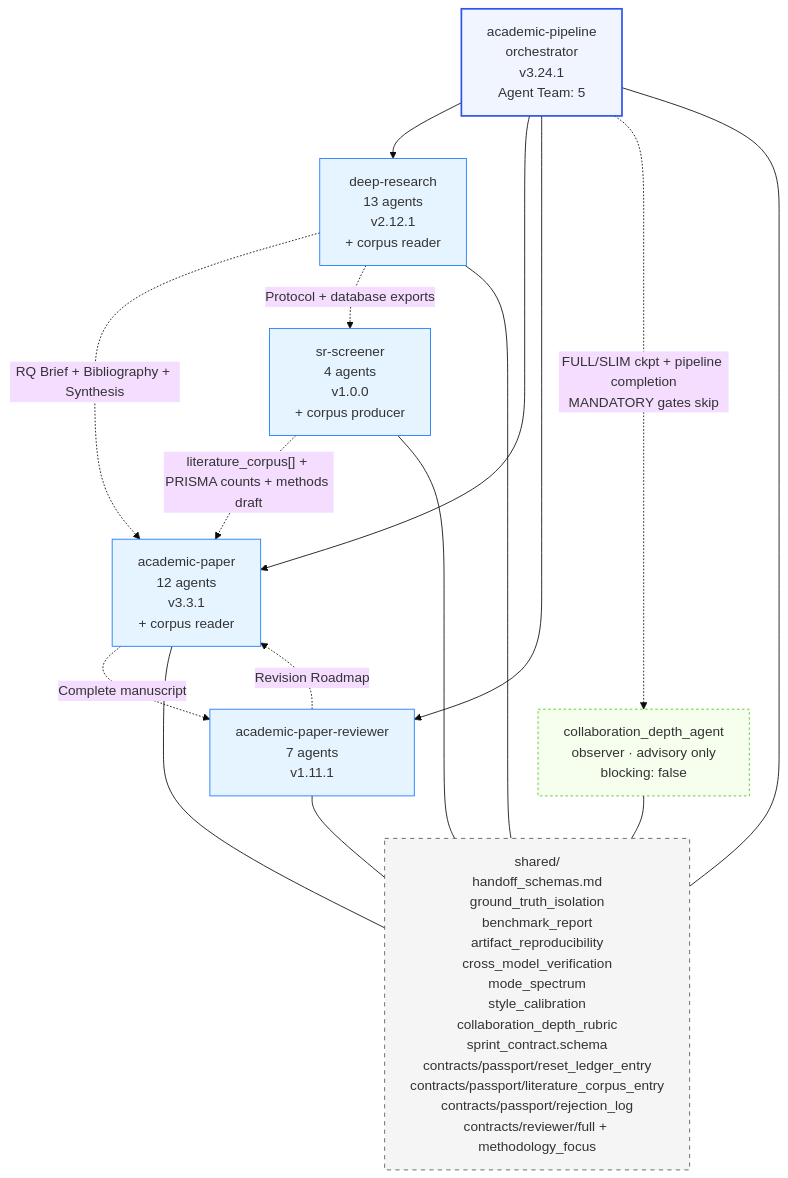
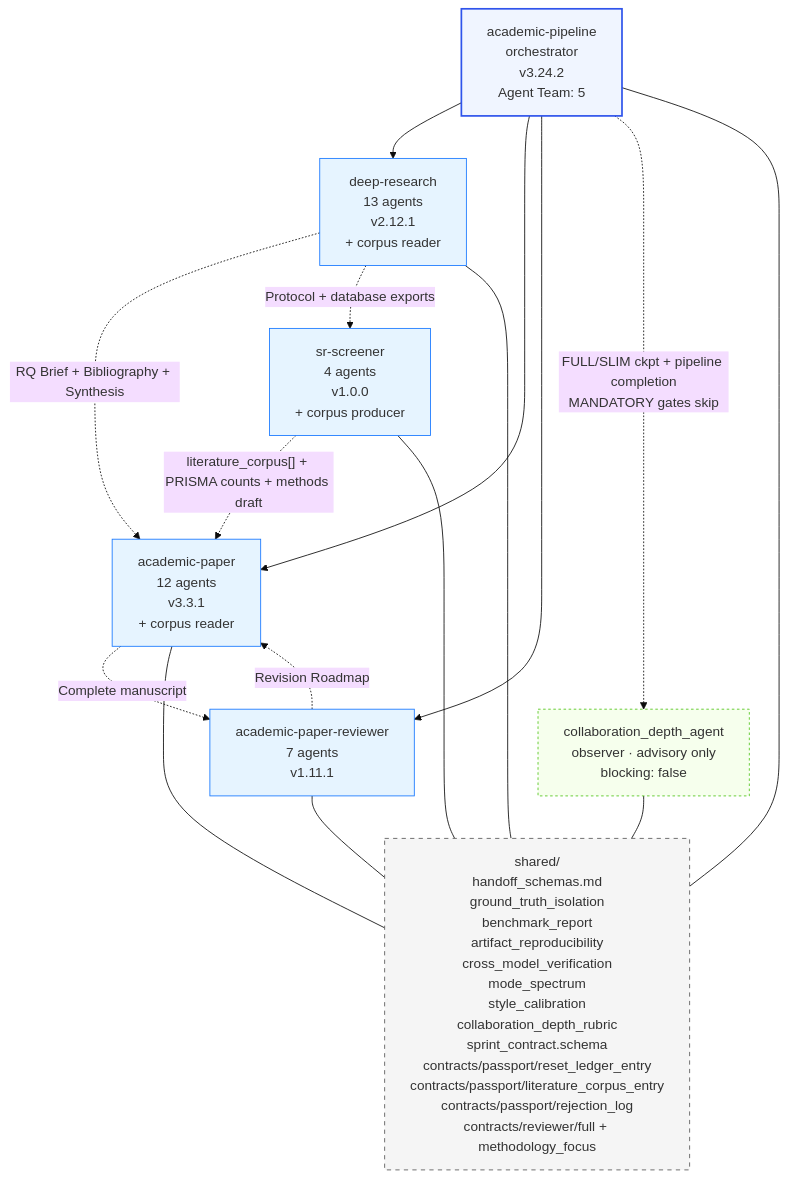
The fourth of 5 diagrams in skills/academic-research-suite/ars/docs/ARCHITECTURE.md (Imbad0202/academic-research-skills-codex), drawn with Mermaid (base theme) before and after one commit. The commit also changed other lines of this file and 87 other files, not shown here.

````diff
--- a/skills/academic-research-suite/ars/docs/ARCHITECTURE.md
+++ b/skills/academic-research-suite/ars/docs/ARCHITECTURE.md
@@ -220,35 +220,35 @@
 ```mermaid
 graph TD
-    Pipeline[academic-pipeline<br/>orchestrator<br/>v3.24.1<br/>Agent Team: 5]
+    Pipeline[academic-pipeline<br/>orchestrator<br/>v3.24.2<br/>Agent Team: 5]
     Observer[collaboration_depth_agent<br/>observer · advisory only<br/>blocking: false]
     DR[deep-research<br/>13 agents<br/>v2.12.1<br/>+ corpus reader]
     AP[academic-paper<br/>12 agents<br/>v3.3.1<br/>+ corpus reader]
     APR[academic-paper-reviewer<br/>7 agents<br/>v1.11.1]
     SRS[sr-screener<br/>4 agents<br/>v1.0.0<br/>+ corpus producer]
     Shared[shared/<br/>handoff_schemas.md<br/>ground_truth_isolation<br/>benchmark_report<br/>artifact_reproducibility<br/>cross_model_verification<br/>mode_spectrum<br/>style_calibration<br/>collaboration_depth_rubric<br/>sprint_contract.schema<br/>contracts/passport/reset_ledger_entry<br/>contracts/passport/literature_corpus_entry<br/>contracts/passport/rejection_log<br/>contracts/reviewer/full + methodology_focus]
 
     Pipeline --> DR
     Pipeline --> AP
     Pipeline --> APR
     Pipeline -. "FULL/SLIM ckpt + pipeline completion<br/>MANDATORY gates skip" .-> Observer
     DR -. "RQ Brief + Bibliography + Synthesis" .-> AP
     AP -. "Complete manuscript" .-> APR
     APR -. "Revision Roadmap" .-> AP
     DR -. "Protocol + database exports" .-> SRS
     SRS -. "literature_corpus[] + PRISMA counts + methods draft" .-> AP
     DR --- Shared
     AP --- Shared
     APR --- Shared
     Pipeline --- Shared
     Observer --- Shared
     SRS --- Shared
 
     classDef orch fill:#f0f5ff,stroke:#2f54eb,stroke-width:2px
     classDef skill fill:#e6f4ff,stroke:#1677ff
     classDef shared fill:#f5f5f5,stroke:#595959,stroke-dasharray:5 5
     classDef observer fill:#f6ffed,stroke:#52c41a,stroke-dasharray:3 3
     class Pipeline orch
     class DR,AP,APR,SRS skill
     class Shared shared
     class Observer observer
 ```
````
